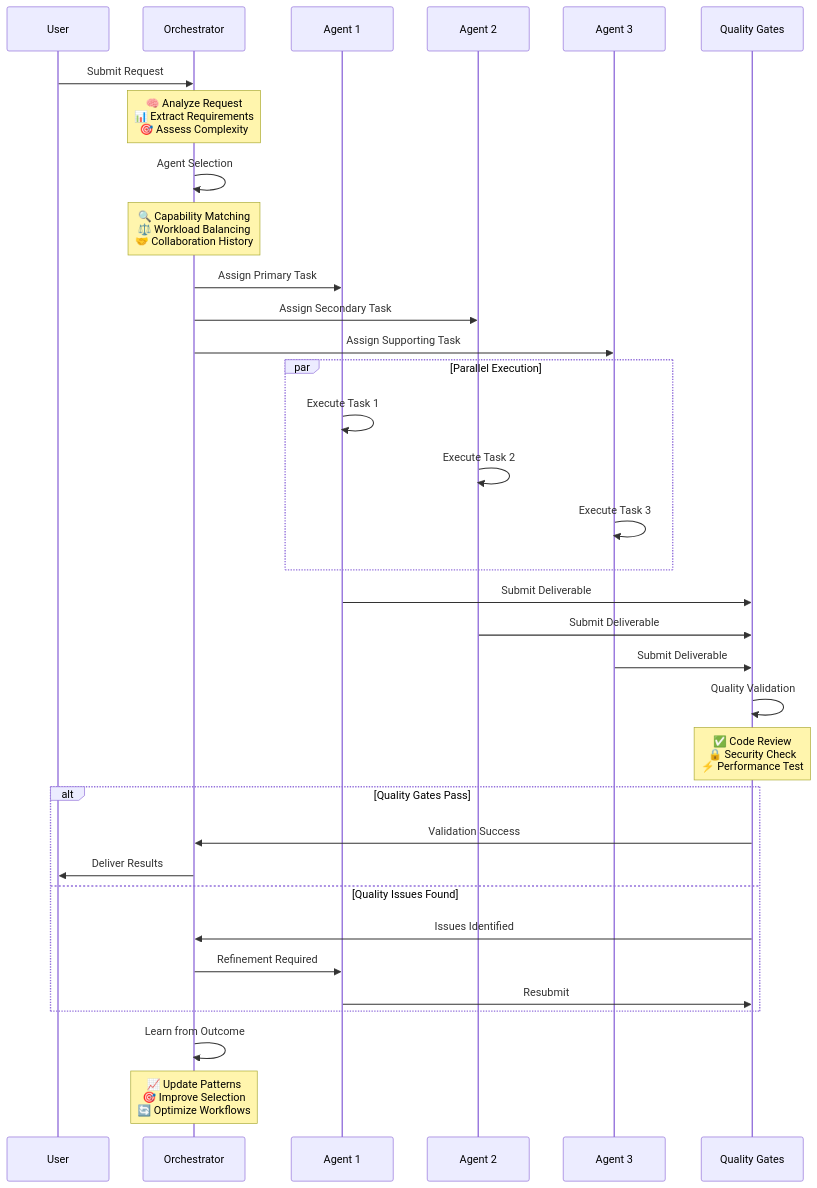
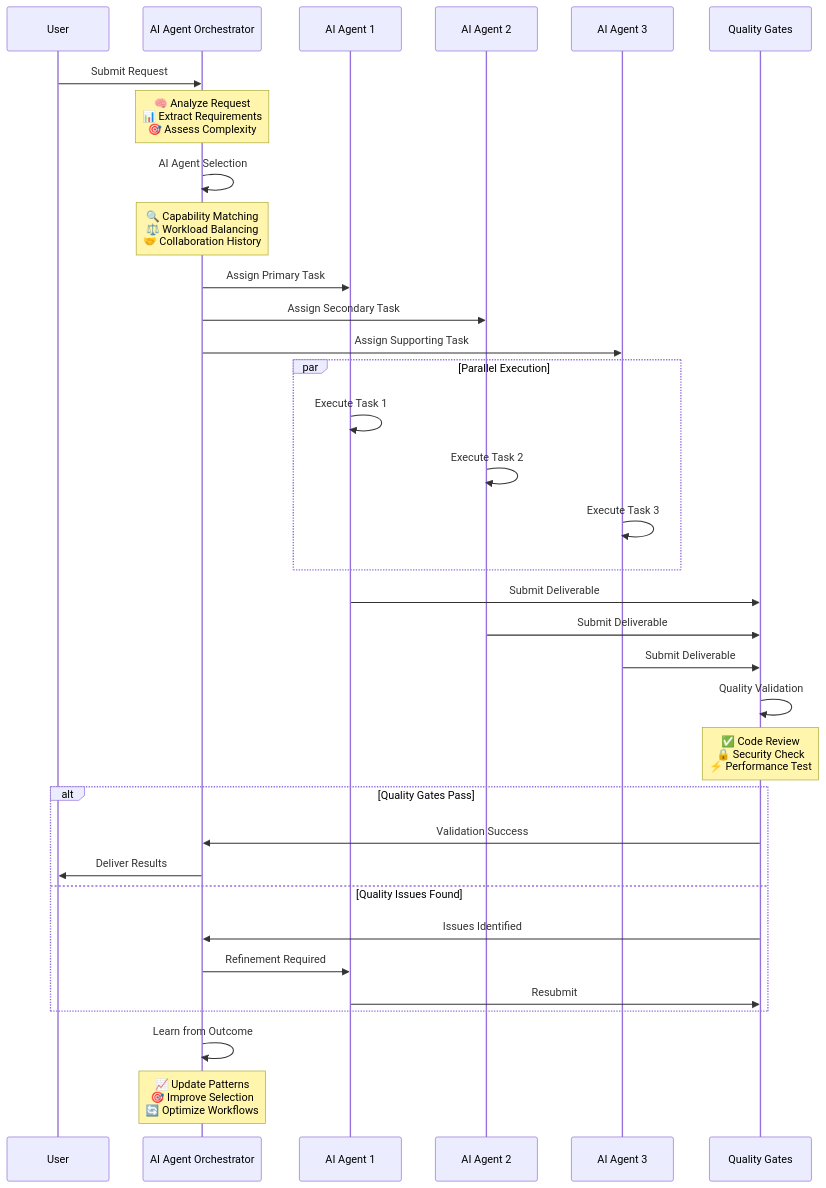
Before and after one commit to usemanusai/CodeMAD: the second of 6 diagrams in README.md, drawn with Mermaid. The commit also changed other lines of this file, not shown here.

First line of the commit message:
Fix: Replace incorrect npm/Python setup instructions with correct AI agent orchestration content

````diff
--- a/README.md
+++ b/README.md
@@ -90,44 +115,44 @@
 ```mermaid
 sequenceDiagram
     participant U as User
-    participant O as Orchestrator
-    participant A1 as Agent 1
-    participant A2 as Agent 2
-    participant A3 as Agent 3
+    participant O as AI Agent Orchestrator
+    participant A1 as AI Agent 1
+    participant A2 as AI Agent 2
+    participant A3 as AI Agent 3
     participant QG as Quality Gates
 
     U->>O: Submit Request
     Note over O: 🧠 Analyze Request<br/>📊 Extract Requirements<br/>🎯 Assess Complexity
 
-    O->>O: Agent Selection
+    O->>O: AI Agent Selection
     Note over O: 🔍 Capability Matching<br/>⚖️ Workload Balancing<br/>🤝 Collaboration History
 
     O->>A1: Assign Primary Task
     O->>A2: Assign Secondary Task
     O->>A3: Assign Supporting Task
 
     par Parallel Execution
         A1->>A1: Execute Task 1
         A2->>A2: Execute Task 2
         A3->>A3: Execute Task 3
     end
 
     A1->>QG: Submit Deliverable
     A2->>QG: Submit Deliverable
     A3->>QG: Submit Deliverable
 
     QG->>QG: Quality Validation
     Note over QG: ✅ Code Review<br/>🔒 Security Check<br/>⚡ Performance Test
 
     alt Quality Gates Pass
         QG->>O: Validation Success
         O->>U: Deliver Results
     else Quality Issues Found
         QG->>O: Issues Identified
         O->>A1: Refinement Required
         A1->>QG: Resubmit
     end
 
     O->>O: Learn from Outcome
     Note over O: 📈 Update Patterns<br/>🎯 Improve Selection<br/>🔄 Optimize Workflows
 ```
````
